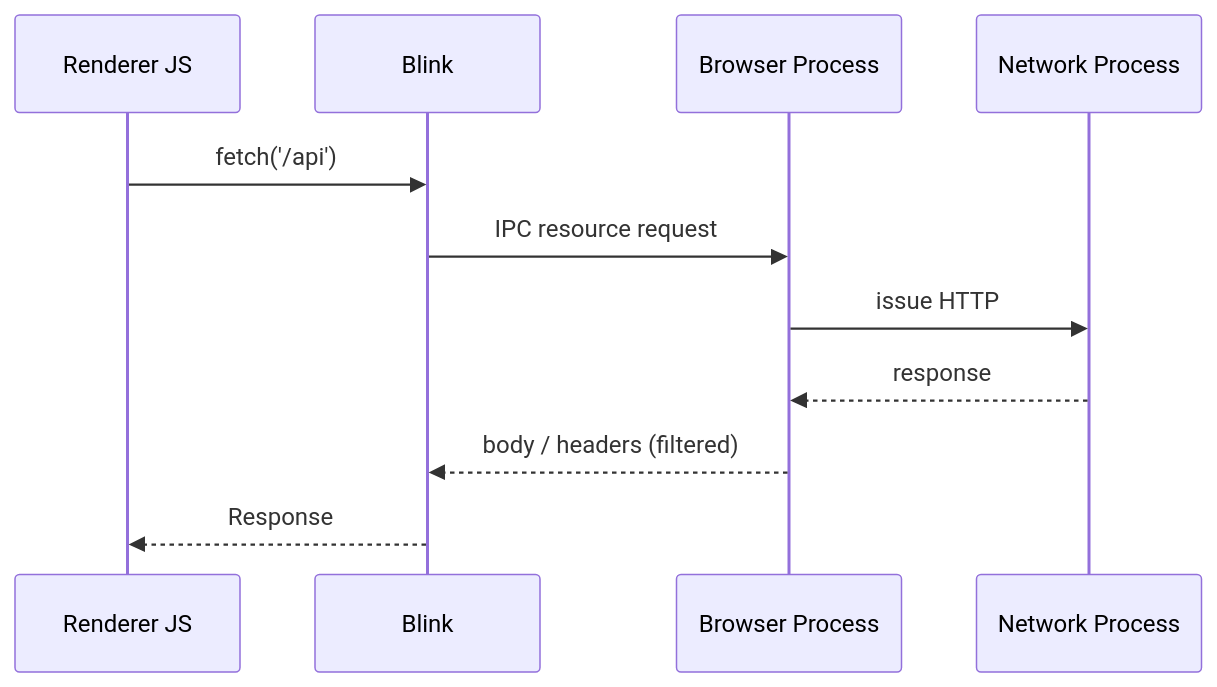
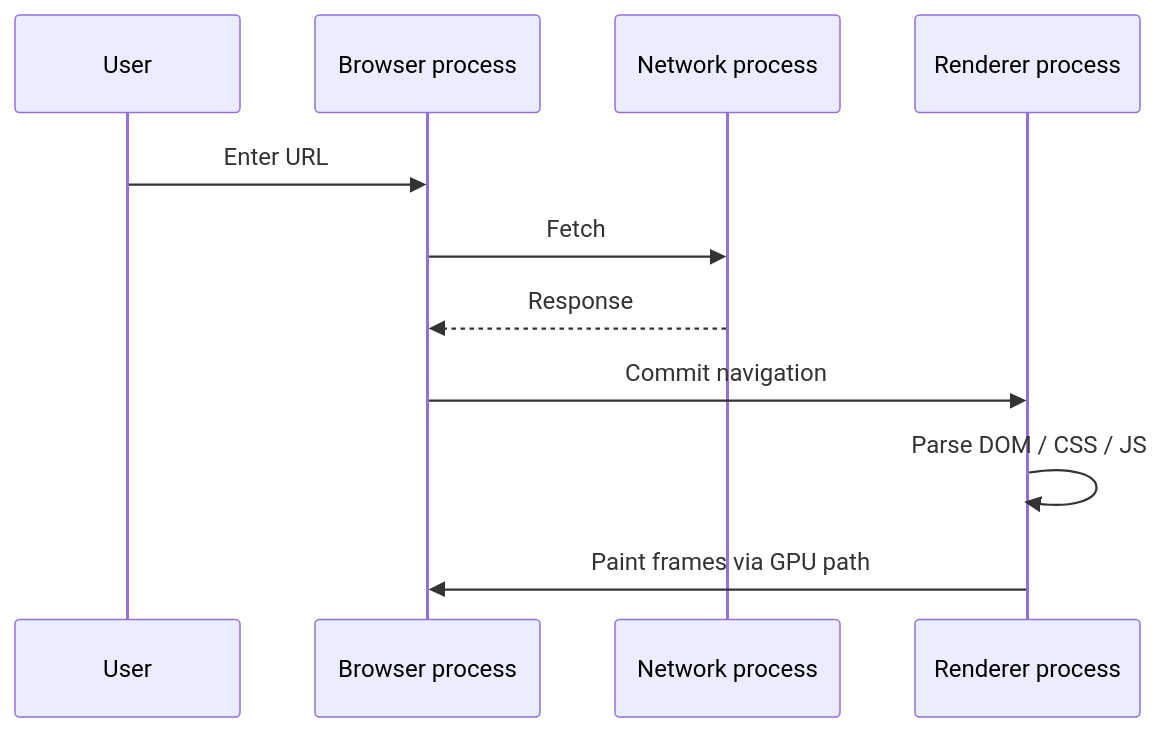
One commit to prajjwaljogdand/FullstackPreparation changed the sixth of 6 diagrams in docs/browser/01-architecture.md. Above: the diagram before and after it, drawn with Mermaid. The commit also changed other lines of this file and 91 other files, not shown here.

````diff
--- a/docs/browser/01-architecture.md
+++ b/docs/browser/01-architecture.md
@@ -102,13 +424,13 @@
 ```mermaid
 sequenceDiagram
-  participant Page as Renderer JS
-  participant Blink
-  participant Browser as Browser Process
-  participant Net as Network Process
-  Page->>Blink: fetch('/api')
-  Blink->>Browser: IPC resource request
-  Browser->>Net: issue HTTP
-  Net-->>Browser: response
-  Browser-->>Blink: body / headers (filtered)
-  Blink-->>Page: Response
+  participant User
+  participant Browser as Browser process
+  participant Net as Network process
+  participant Rend as Renderer process
+  User->>Browser: Enter URL
+  Browser->>Net: Fetch
+  Net-->>Browser: Response
+  Browser->>Rend: Commit navigation
+  Rend->>Rend: Parse DOM / CSS / JS
+  Rend->>Browser: Paint frames via GPU path
 ```
````
